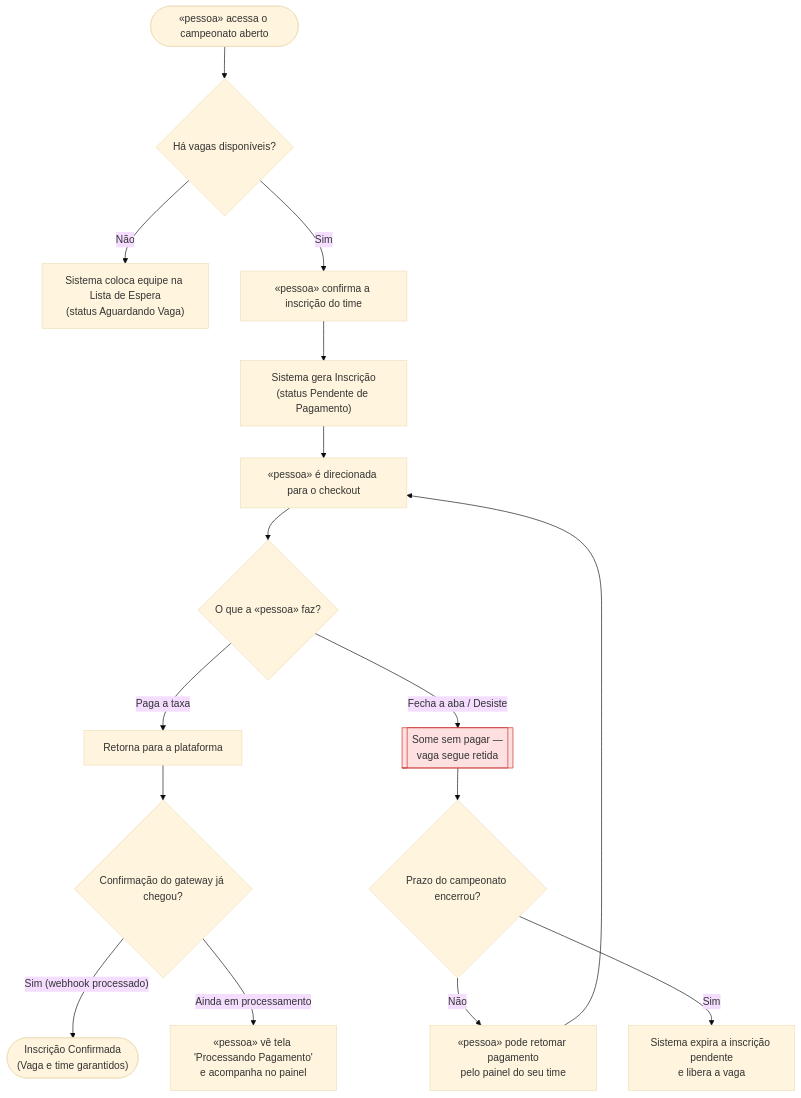
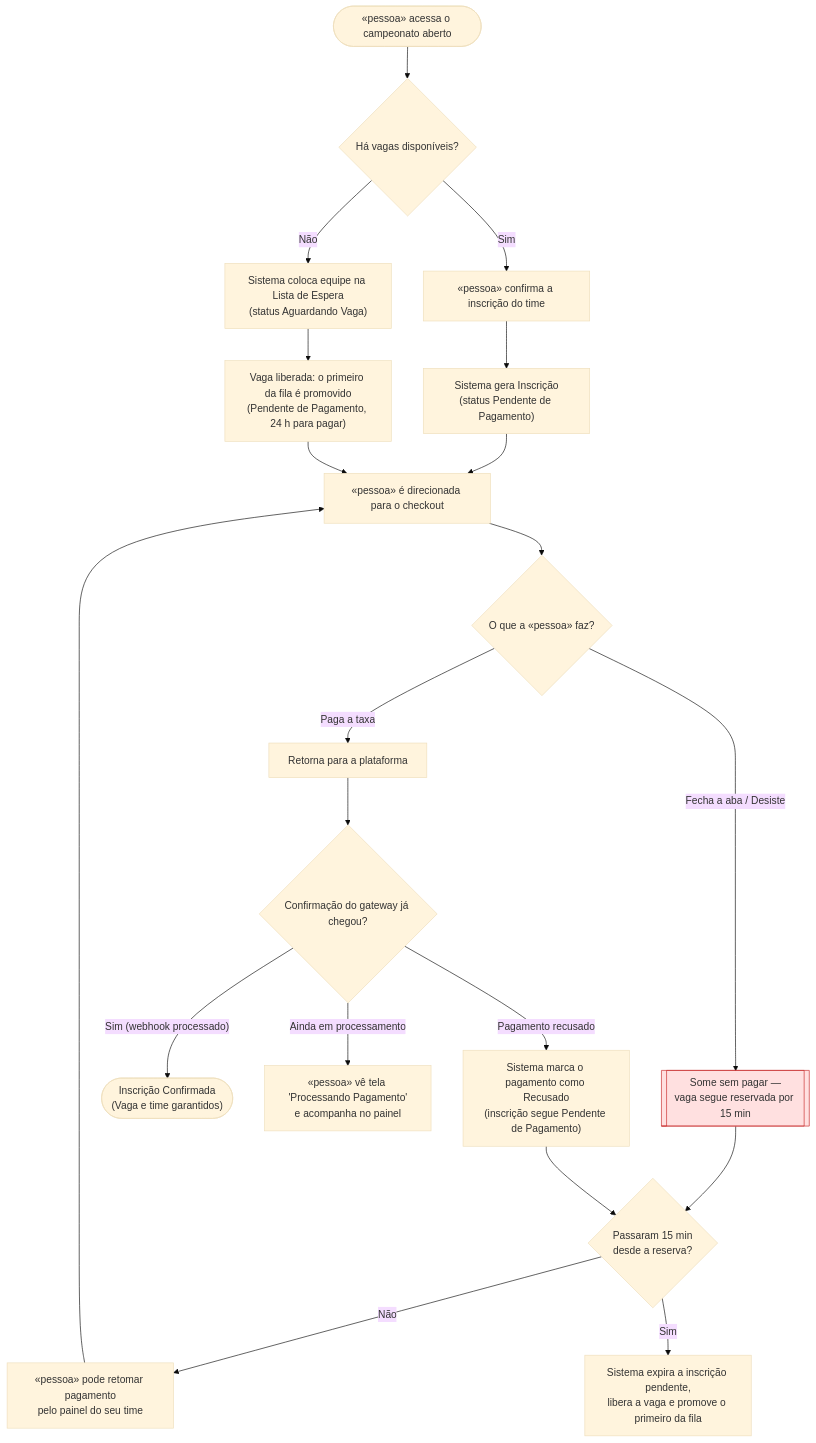
The diagram in docs/user-flows.md (BacelarJV/inscricao-esports), drawn with Mermaid (base theme) before and after one commit. The commit also changed other lines of this file and 4 other files, not shown here.

````diff
--- a/docs/user-flows.md
+++ b/docs/user-flows.md
@@ -25,22 +25,27 @@
 ```mermaid
 flowchart TD
     A(["«pessoa» acessa o campeonato aberto"]) --> B{"Há vagas disponíveis?"}
     B -->|"Não"| C["Sistema coloca equipe na Lista de Espera<br/>(status Aguardando Vaga)"]
     B -->|"Sim"| D["«pessoa» confirma a inscrição do time"]
     D --> E["Sistema gera Inscrição<br/>(status Pendente de Pagamento)"]
     E --> F["«pessoa» é direcionada para o checkout"]
     F --> G{"O que a «pessoa» faz?"}
     G -->|"Paga a taxa"| H["Retorna para a plataforma"]
-    G -->|"Fecha a aba / Desiste"| X1[["Some sem pagar —<br/>vaga segue retida"]]
+    G -->|"Fecha a aba / Desiste"| X1[["Some sem pagar —<br/>vaga segue reservada por 15 min"]]
 
-    X1 --> P{"Prazo do campeonato encerrou?"}
+    X1 --> P{"Passaram 15 min<br/>desde a reserva?"}
     P -->|"Não"| Q["«pessoa» pode retomar pagamento<br/>pelo painel do seu time"]
     Q --> F
-    P -->|"Sim"| R["Sistema expira a inscrição pendente<br/>e libera a vaga"]
+    P -->|"Sim"| R["Sistema expira a inscrição pendente,<br/>libera a vaga e promove o primeiro da fila"]
 
     H --> I{"Confirmação do gateway já chegou?"}
     I -->|"Sim (webhook processado)"| J(["Inscrição Confirmada<br/>(Vaga e time garantidos)"])
     I -->|"Ainda em processamento"| K["«pessoa» vê tela 'Processando Pagamento'<br/>e acompanha no painel"]
 
+    C --> C2["Vaga liberada: o primeiro da fila é promovido<br/>(Pendente de Pagamento, 24 h para pagar)"]
+    C2 --> F
+    I -->|"Pagamento recusado"| Z["Sistema marca o pagamento como Recusado<br/>(inscrição segue Pendente de Pagamento)"]
+    Z --> P
+
     style X1 fill:#ffe0e0,stroke:#c62828
 ```
````
